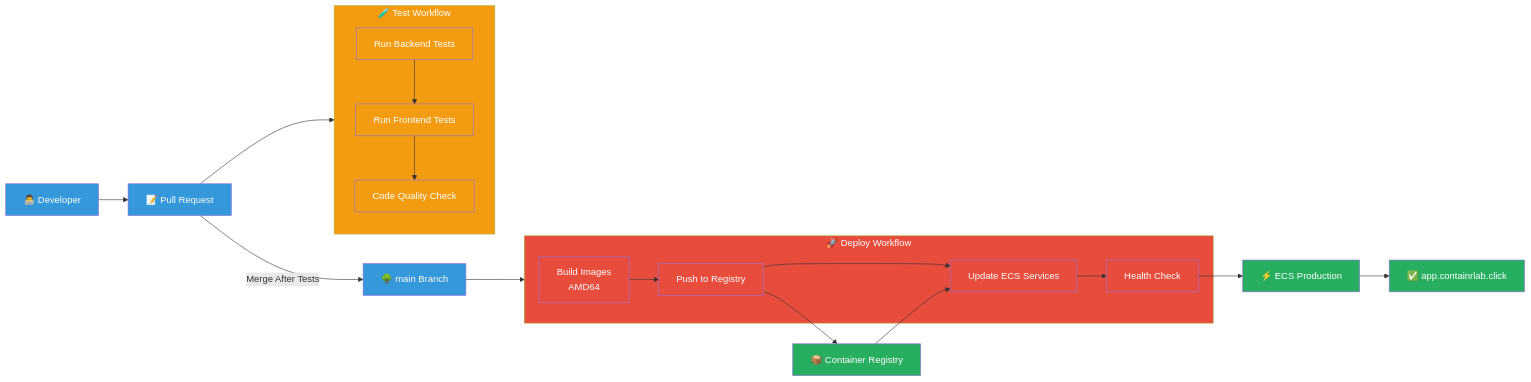
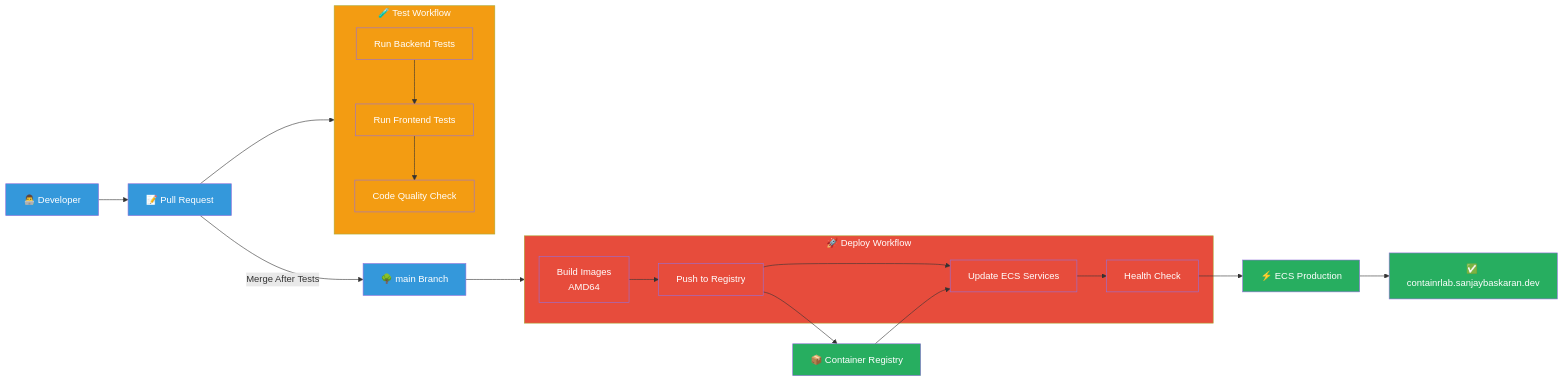
One commit to sanjayb-28/ContainrLab changed the fifth of 5 diagrams in docs/ARCHITECTURE.md. Above: the diagram before and after it, drawn with Mermaid. The commit also changed other lines of this file and 5 other files, not shown here.

First line of the commit message:
ci: redeploy on sanjaybaskaran.dev with parameterized hostnames

````diff
--- a/docs/ARCHITECTURE.md
+++ b/docs/ARCHITECTURE.md
@@ -338,49 +338,49 @@
 ```mermaid
 graph LR
     Dev[👨‍💻 Developer]
     
     PR[📝 Pull Request]
     Main[🌳 main Branch]
     
     subgraph Test["🧪 Test Workflow"]
         T1[Run Backend Tests]
         T2[Run Frontend Tests]
         T3[Code Quality Check]
     end
     
     subgraph Deploy["🚀 Deploy Workflow"]
         D1[Build Images<br/>AMD64]
         D2[Push to Registry]
         D3[Update ECS Services]
         D4[Health Check]
     end
     
     ECR[📦 Container Registry]
     ECS[⚡ ECS Production]
-    Prod[✅ app.containrlab.click]
+    Prod[✅ containrlab.sanjaybaskaran.dev]
     
     Dev --> PR
     PR --> Test
     
     T1 --> T2 --> T3
     
     PR -->|Merge After Tests| Main
     Main --> Deploy
     
     D1 --> D2 --> D3 --> D4
     
     D2 --> ECR
     ECR --> D3
     D4 --> ECS
     ECS --> Prod
     
     classDef dev fill:#3498db,color:#fff
     classDef test fill:#f39c12,color:#fff
     classDef deploy fill:#e74c3c,color:#fff
     classDef prod fill:#27ae60,color:#fff
     
     class Dev,PR,Main dev
     class Test,T1,T2,T3 test
     class Deploy,D1,D2,D3,D4 deploy
     class ECR,ECS,Prod prod
 ```
````
